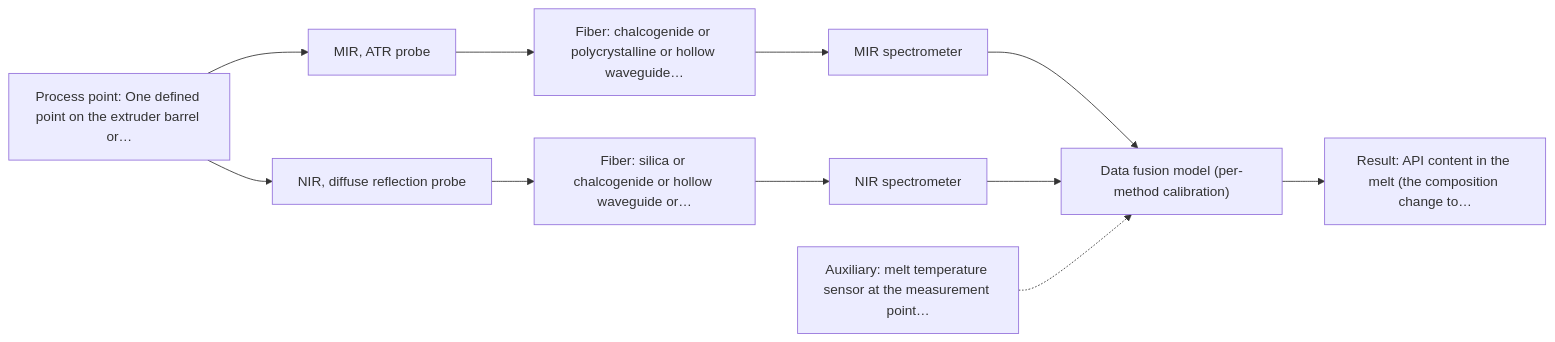
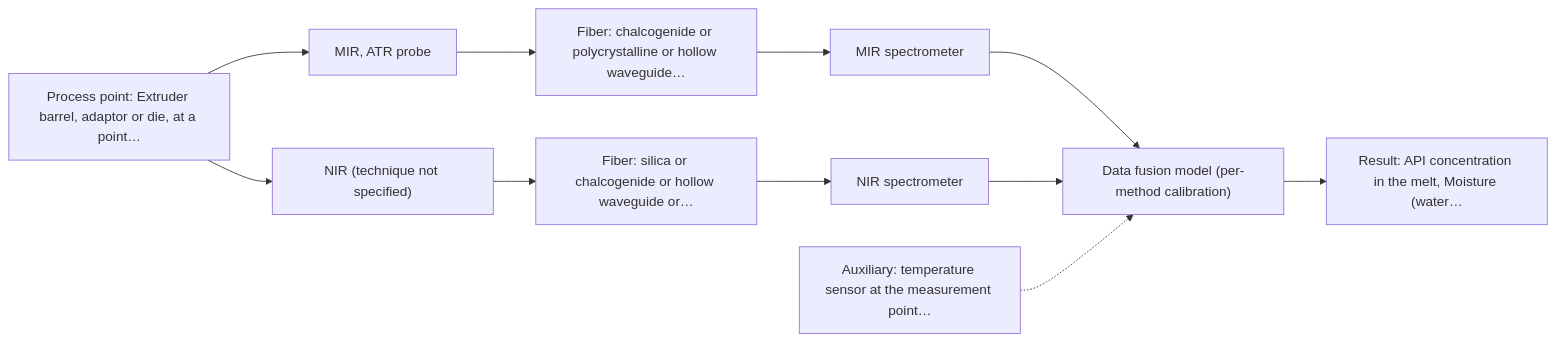
The second of 2 diagrams in outputs/dev/D07.md (sleipnir029/Afs-Spectroscopy-Assistant), drawn with Mermaid before and after one commit. The commit also changed other lines of this file and 18 other files, not shown here.

````diff
--- a/outputs/dev/D07.md
+++ b/outputs/dev/D07.md
@@ -68,23 +62,23 @@
 ```mermaid
 flowchart LR
-    proc["Process point: One defined point on the extruder barrel or…"]
+    proc["Process point: Extruder barrel, adaptor or die, at a point…"]
     probe1["MIR, ATR probe"]
     fiber1["Fiber: chalcogenide or polycrystalline or hollow waveguide…"]
     spec1["MIR spectrometer"]
-    probe2["NIR, diffuse reflection probe"]
+    probe2["NIR (technique not specified)"]
     fiber2["Fiber: silica or chalcogenide or hollow waveguide or…"]
     spec2["NIR spectrometer"]
     model["Data fusion model (per-method calibration)"]
-    result["Result: API content in the melt (the composition change to…"]
-    aux1["Auxiliary: melt temperature sensor at the measurement point…"]
+    result["Result: API concentration in the melt, Moisture (water…"]
+    aux1["Auxiliary: temperature sensor at the measurement point…"]
     proc --> probe1
     probe1 --> fiber1
     fiber1 --> spec1
     spec1 --> model
     proc --> probe2
     probe2 --> fiber2
     fiber2 --> spec2
     spec2 --> model
     model --> result
     aux1 -.-> model
 ```
````
